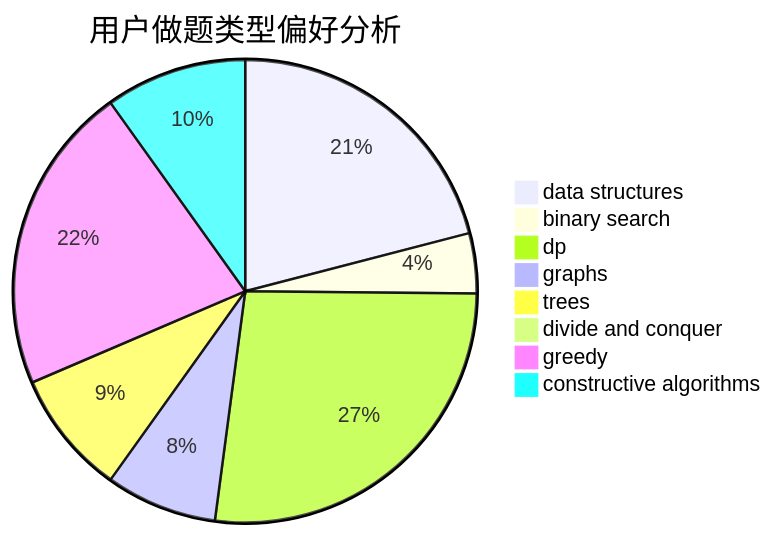
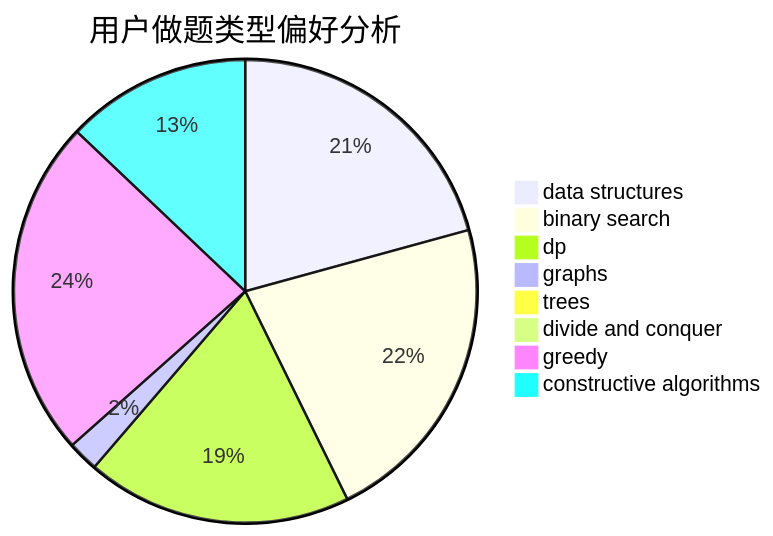
Before and after one commit to sherpahu/cfrs.github.io: the second of 3 diagrams in docs/user/u869.md, drawn with Mermaid. The commit also changed other lines of this file and 2770 other files, not shown here.

````diff
--- a/docs/user/u869.md
+++ b/docs/user/u869.md
@@ -23,11 +23,11 @@
 ```mermaid
 pie title 用户做题类型偏好分析
-    "data structures" :  70
-    "binary search" :  14
-    "dp" :  90
-    "graphs" :  26
-    "trees" :  29
+    "data structures" :  464
+    "binary search" :  492
+    "dp" :  415
+    "graphs" :  48
+    "trees" :  0
     "divide and conquer" :  0
-    "greedy" :  72
-    "constructive algorithms" :  33
+    "greedy" :  529
+    "constructive algorithms" :  289
 ```
````
